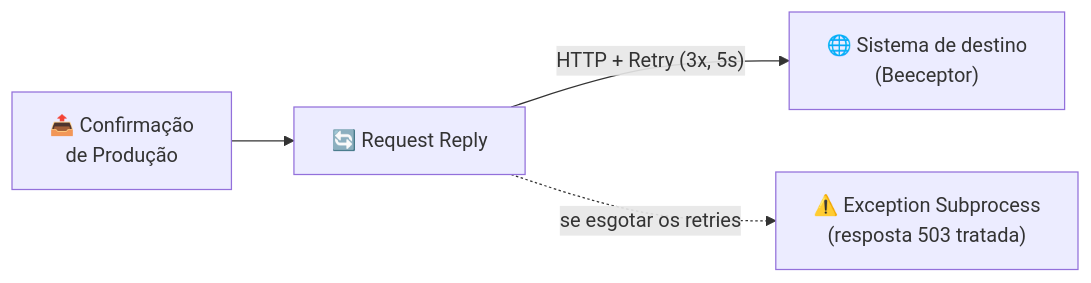
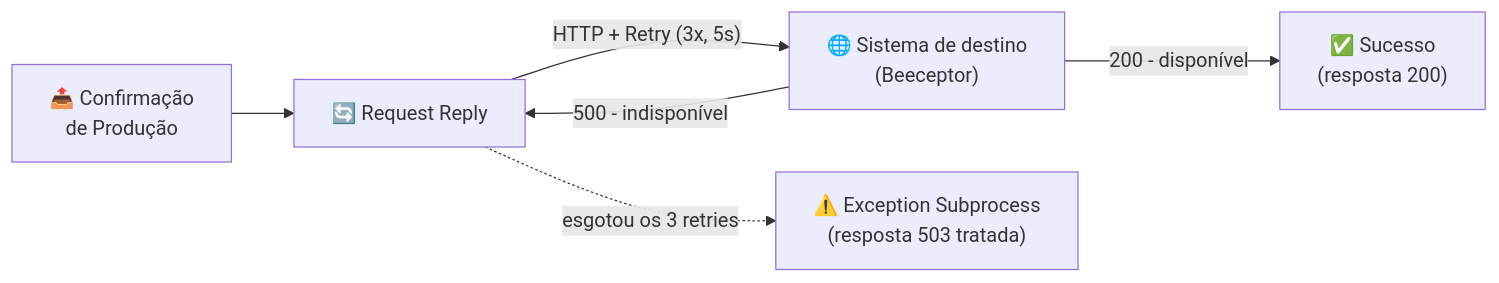
Before and after one commit to OrlandoCaetano2026/SAP_Integration_Suite_Learning: the diagram in docs/13-c2-retry-timeout.md, drawn with Mermaid. The commit also changed other lines of this file, not shown here.

Commit message:
fix mermaid in LAB11

````diff
--- a/docs/13-c2-retry-timeout.md
+++ b/docs/13-c2-retry-timeout.md
@@ -23,6 +23,8 @@
 ```mermaid
 flowchart LR
     A["📤 Confirmação<br/>de Produção"] --> B["🔄 Request Reply"]
     B -->|"HTTP + Retry (3x, 5s)"| C["🌐 Sistema de destino<br/>(Beeceptor)"]
-    B -.->|se esgotar os retries| D["⚠️ Exception Subprocess<br/>(resposta 503 tratada)"]
+    C -->|"200 - disponível"| E["✅ Sucesso<br/>(resposta 200)"]
+    C -->|"500 - indisponível"| B
+    B -.->|"esgotou os 3 retries"| D["⚠️ Exception Subprocess<br/>(resposta 503 tratada)"]
 ```
````
